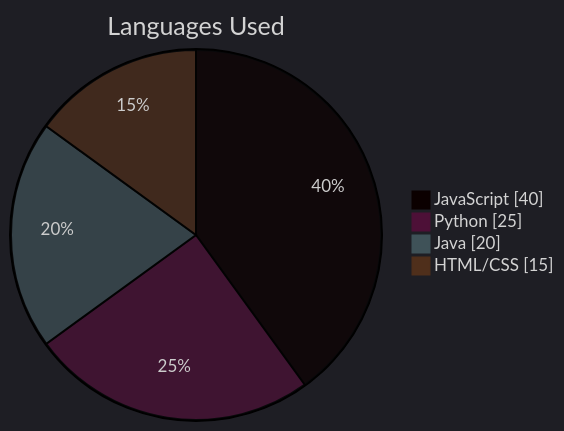
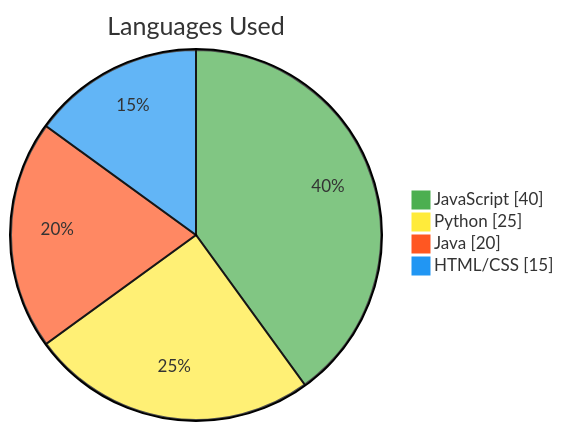
The second of 3 diagrams in README.md (udithanayanajith/udithanayanajith), drawn with Mermaid before and after one commit.

````diff
--- a/README.md
+++ b/README.md
@@ -41,9 +41,9 @@
 ```mermaid
-%%{init: {'theme': 'dark'}}%%
+%%{init: {'theme': 'base', 'themeVariables': { 'pie1': '#4CAF50', 'pie2': '#FFEB3B', 'pie3': '#FF5722', 'pie4': '#2196F3', 'pieTextColor': '#000000', 'pieBackground': '#F5F5F5'}}}%%
 pie showData
     title Languages Used
     "JavaScript" : 40
     "Python" : 25
     "Java" : 20
     "HTML/CSS" : 15
 ```
````
